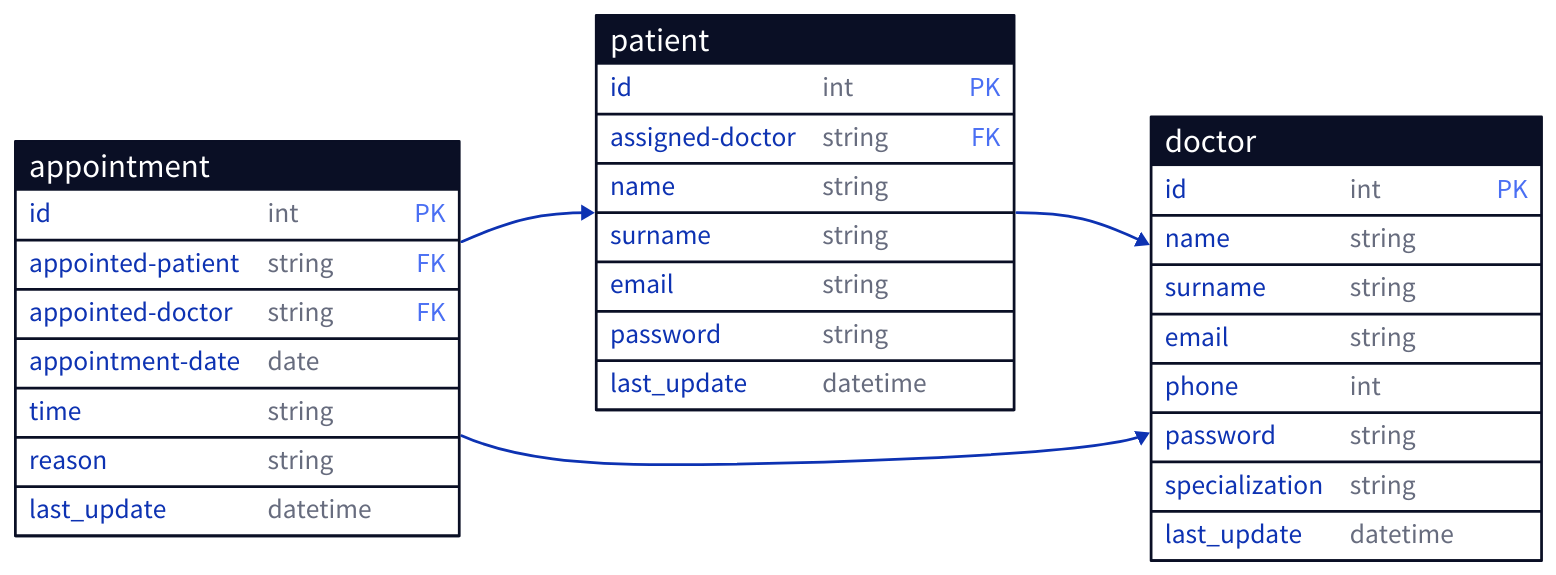
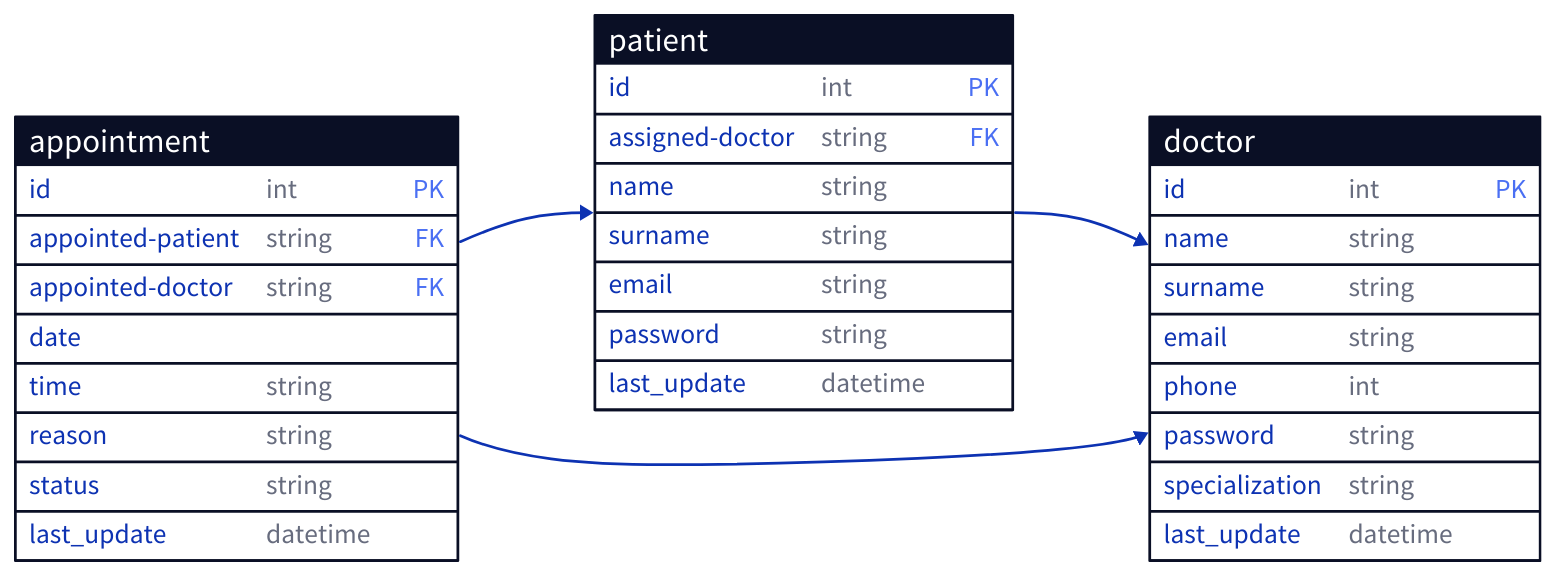
One commit to Code-Nam/m1-medecin changed the diagram in docs/database/db-uml.d2. Above: the diagram before and after it, drawn with D2. The commit also changed 1 other file, not shown here.

Commit message:
docs: add status to db uml

```diff
--- a/docs/database/db-uml.d2
+++ b/docs/database/db-uml.d2
@@ -1,42 +1,43 @@
 direction: right
 
 patient {
   shape: sql_table
 
   id: int {constraint: primary_key}
   assigned-doctor: string {constraint: foreign_key}
   name: string
   surname: string
   email: string
   password: string
   last_update: datetime
 }
 
 appointment {
   shape: sql_table
 
   id: int {constraint: primary_key}
   appointed-patient: string {constraint: foreign_key}
   appointed-doctor: string {constraint: foreign_key}
-  appointment-date: date
+  date: date
   time: string
   reason: string
+  status: string
   last_update: datetime
 }
 
 doctor {
   shape: sql_table
 
   id: int {constraint: primary_key}
   name: string
   surname: string
   email: string
   phone: int
   password: string
   specialization: string
   last_update: datetime
 }
 
 patient.assigned-doctor --> doctor.id
 appointment.appointed-patient --> patient.id
 appointment.appointed-doctor --> doctor.id
```
